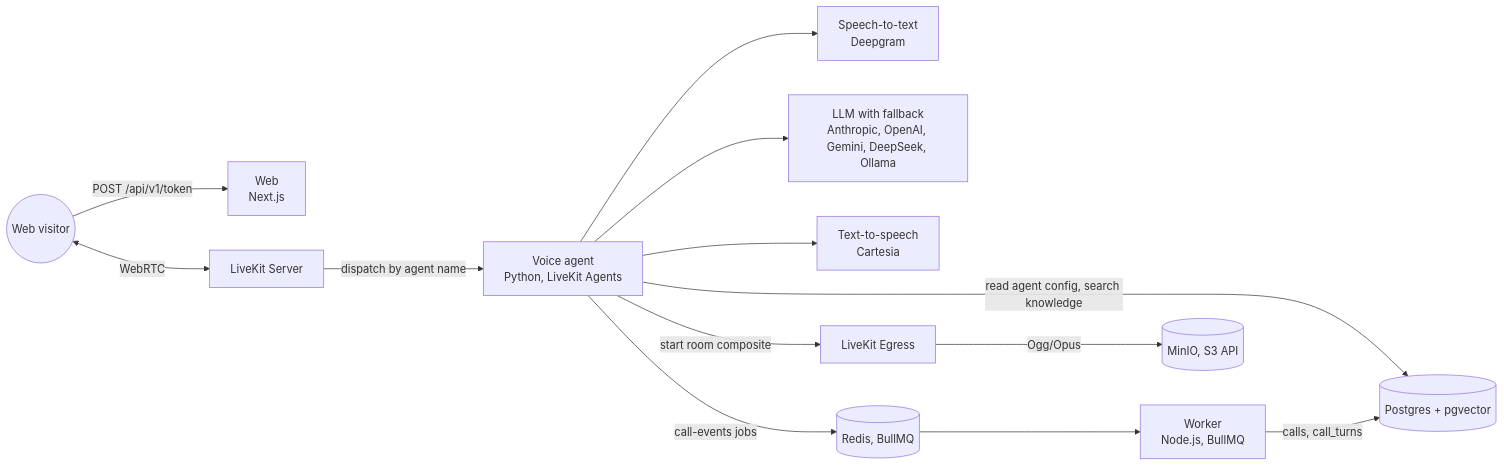
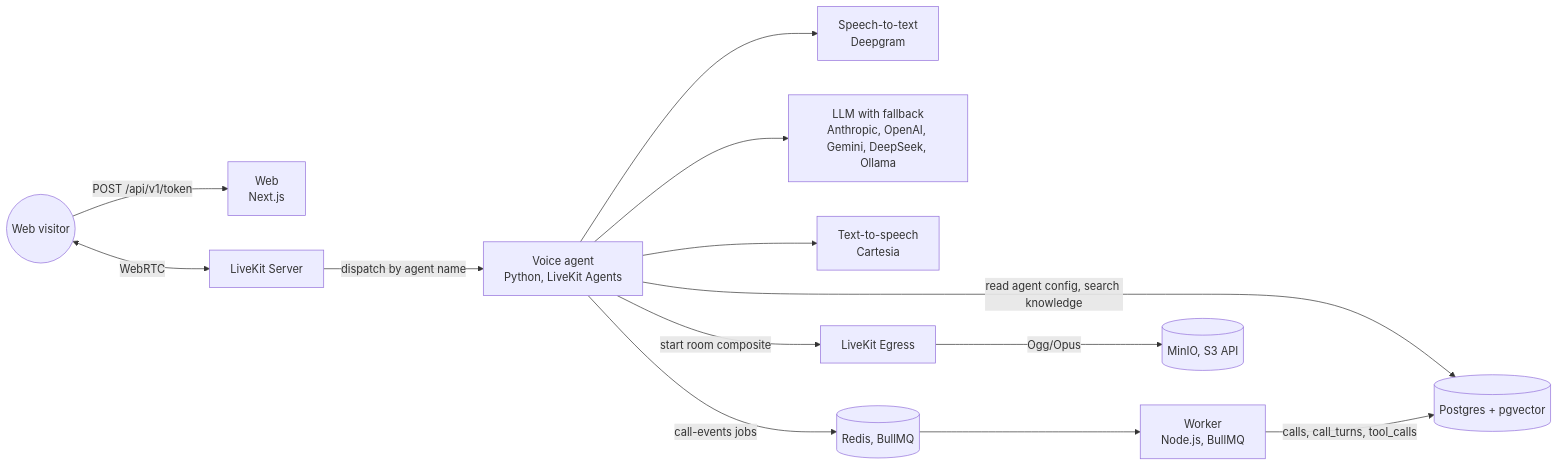
One commit to khantseithu/answerline changed the first of 3 diagrams in docs/architecture.md. Above: the diagram before and after it, drawn with Mermaid. The commit also changed other lines of this file and 23 other files, not shown here.

First line of the commit message:
feat: log tool calls through call events

````diff
--- a/docs/architecture.md
+++ b/docs/architecture.md
@@ -18,18 +18,18 @@
 ```mermaid
 flowchart LR
     Browser((Web visitor)) -->|"POST /api/v1/token"| Web["Web<br/>Next.js"]
     Browser <-->|WebRTC| LK["LiveKit Server"]
     LK -->|"dispatch by agent name"| Agent["Voice agent<br/>Python, LiveKit Agents"]
 
     Agent --> STT["Speech-to-text<br/>Deepgram"]
     Agent --> LLM["LLM with fallback<br/>Anthropic, OpenAI, Gemini, DeepSeek, Ollama"]
     Agent --> TTS["Text-to-speech<br/>Cartesia"]
     Agent -->|"read agent config, search knowledge"| DB[(Postgres + pgvector)]
 
     Agent -->|"call-events jobs"| Redis[(Redis, BullMQ)]
     Redis --> Worker["Worker<br/>Node.js, BullMQ"]
-    Worker -->|"calls, call_turns"| DB
+    Worker -->|"calls, call_turns, tool_calls"| DB
 
     Agent -->|"start room composite"| Egress["LiveKit Egress"]
     Egress -->|"Ogg/Opus"| S3[(MinIO, S3 API)]
 ```
````
